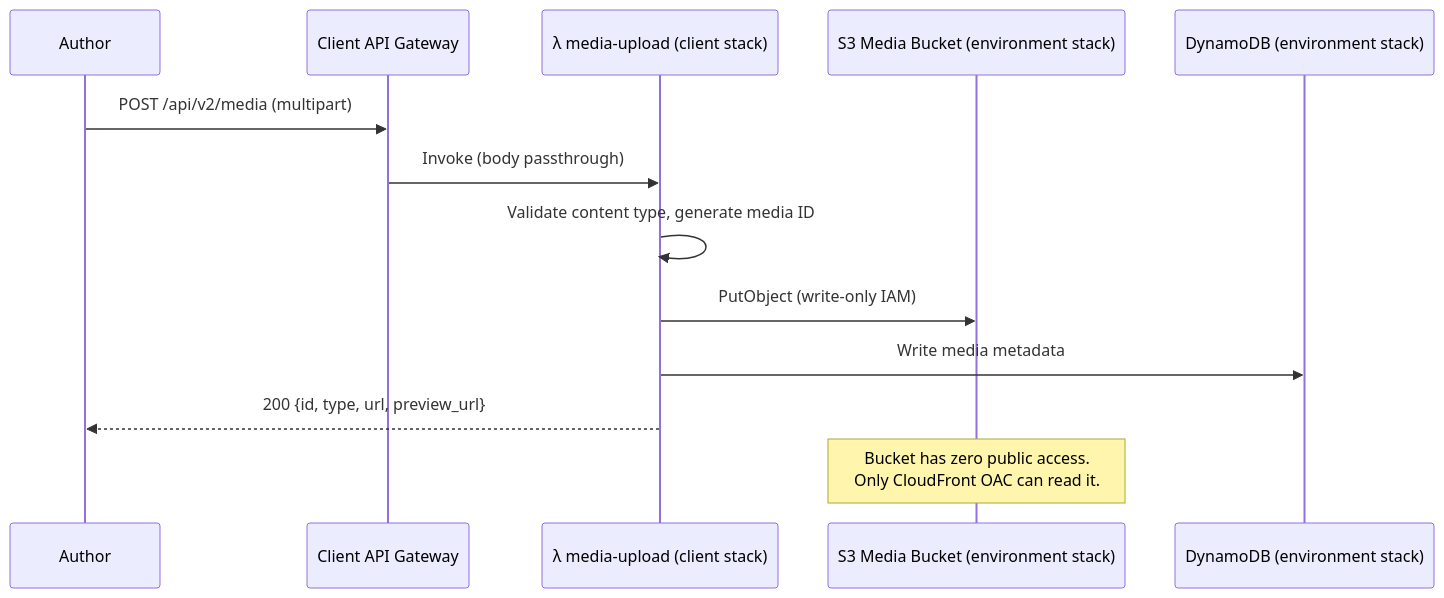
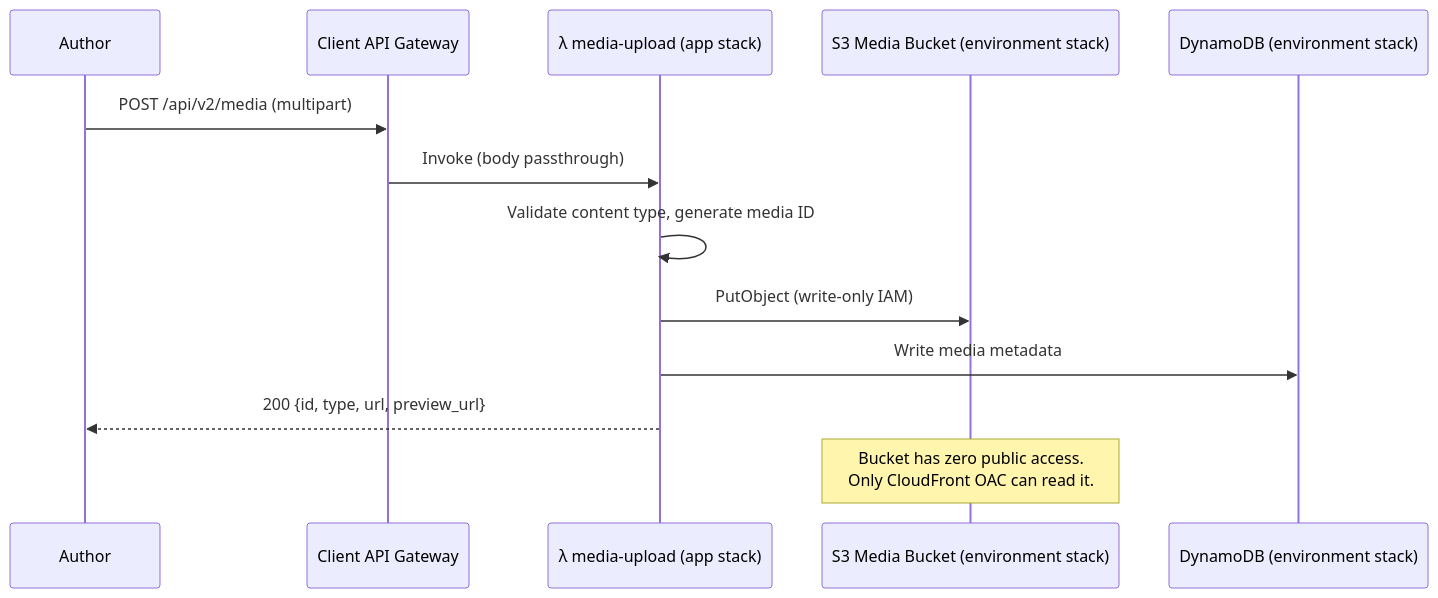
Before and after one commit to happitec-inc/FederatedActivityPublisher: the third of 4 diagrams in docs/PROJECT-PLAN.md, drawn with Mermaid. The commit also changed other lines of this file, not shown here.

First line of the commit message:
Three-template architecture: bootstrap + environment + app

````diff
--- a/docs/PROJECT-PLAN.md
+++ b/docs/PROJECT-PLAN.md
@@ -216,17 +211,17 @@
 ```mermaid
 sequenceDiagram
     participant U as Author
     participant CG as Client API Gateway
-    participant M as λ media-upload (client stack)
+    participant M as λ media-upload (app stack)
     participant S3 as S3 Media Bucket (environment stack)
     participant DB as DynamoDB (environment stack)
 
     U->>CG: POST /api/v2/media (multipart)
     CG->>M: Invoke (body passthrough)
     M->>M: Validate content type, generate media ID
     M->>S3: PutObject (write-only IAM)
     M->>DB: Write media metadata
     M-->>U: 200 {id, type, url, preview_url}
 
     Note over S3: Bucket has zero public access.<br/>Only CloudFront OAC can read it.
 ```
````
